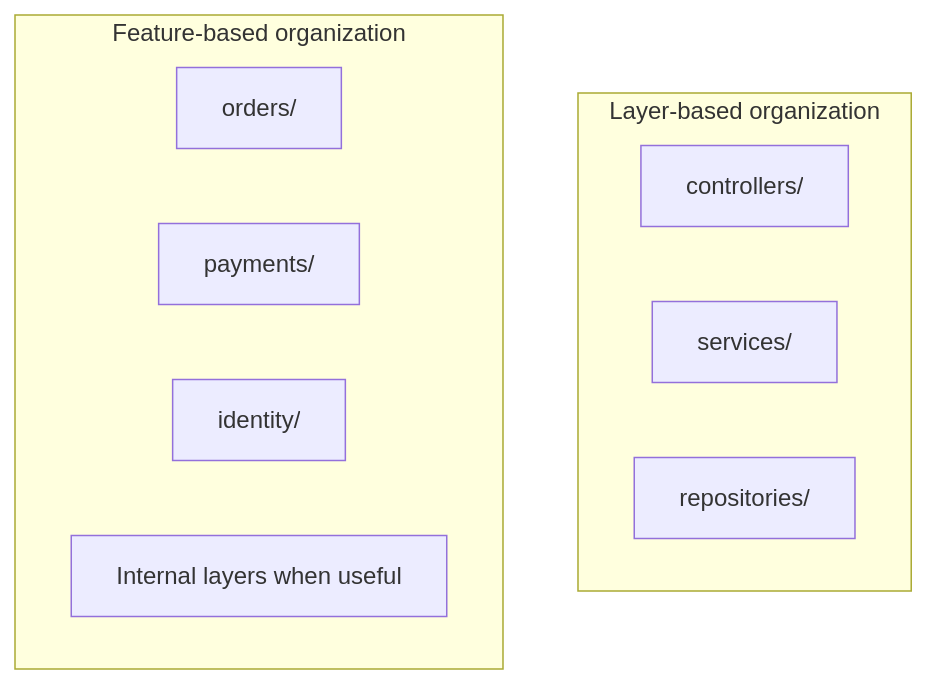
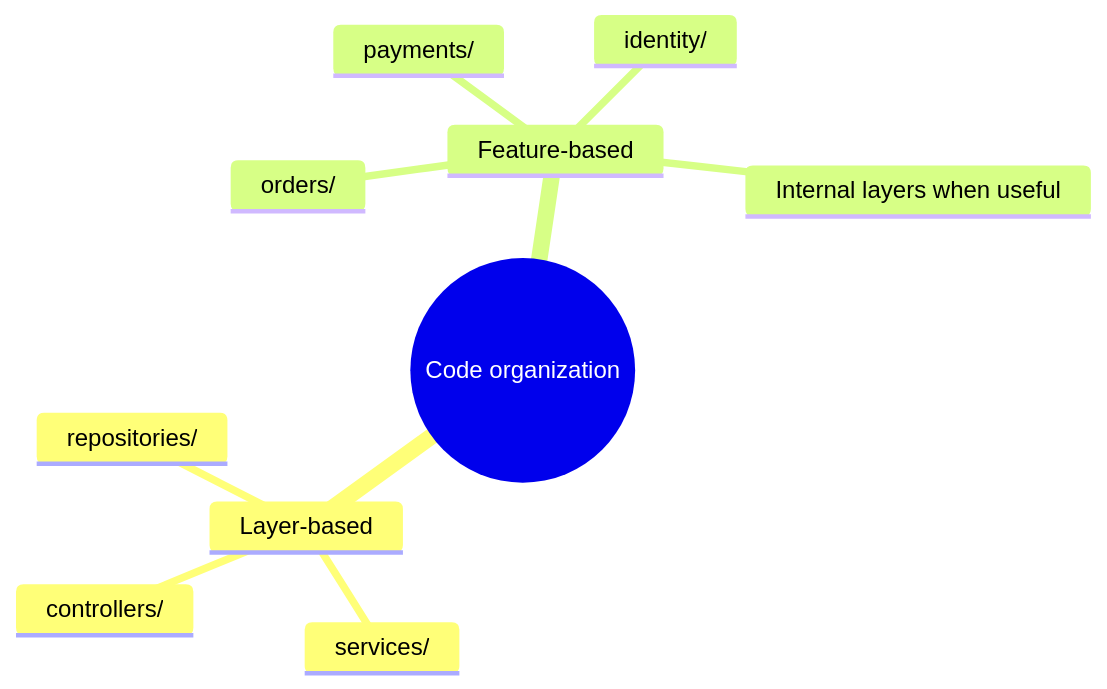
Before and after one commit to dyotamo/blog: the fourth of 4 diagrams in content/articles/architecture-is-not-folder-names/index.md, drawn with Mermaid. The commit also changed other lines of this file and 26 other files, not shown here.

````diff
--- a/content/articles/architecture-is-not-folder-names/index.md
+++ b/content/articles/architecture-is-not-folder-names/index.md
@@ -208,14 +216,13 @@
 ```mermaid
-flowchart TD
-    subgraph Technical[Layer-based organization]
-        T1[controllers/]
-        T2[services/]
-        T3[repositories/]
-    end
-    subgraph Feature[Feature-based organization]
-        F1[orders/]
-        F2[payments/]
-        F3[identity/]
-        F4[Internal layers when useful]
-    end
+mindmap
+  root((Code organization))
+    Layer-based
+      controllers/
+      services/
+      repositories/
+    Feature-based
+      orders/
+      payments/
+      identity/
+      Internal layers when useful
 ```
````
